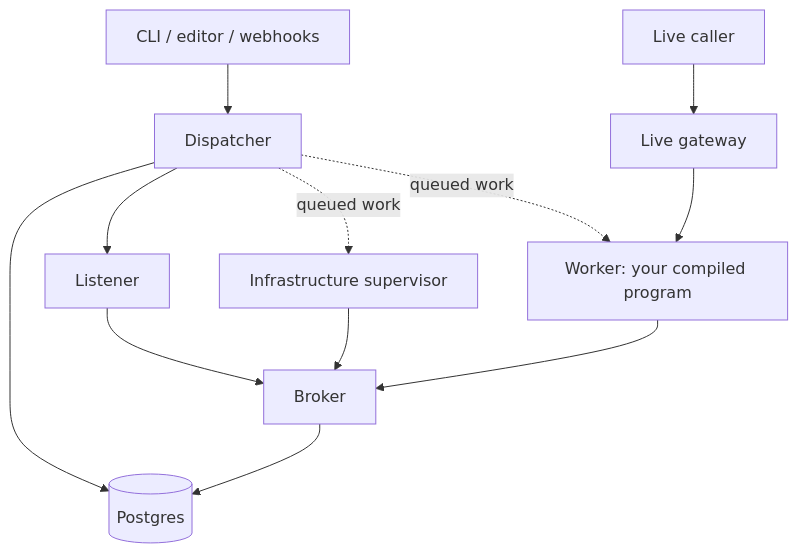
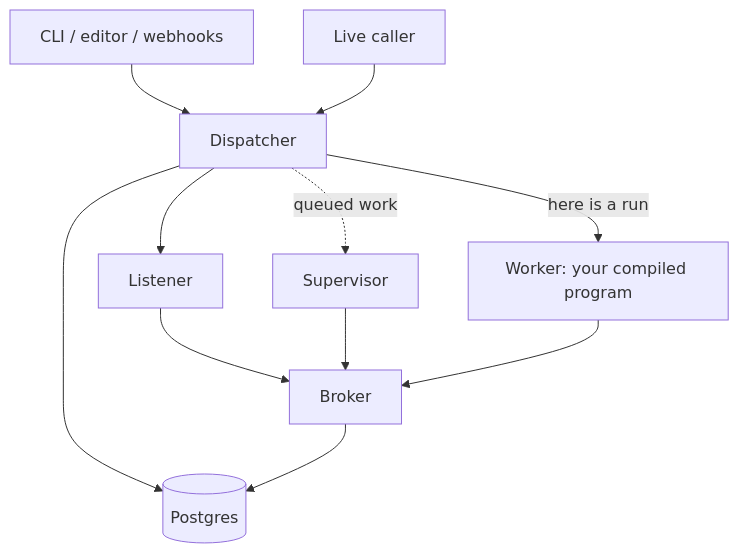
One commit to WeaveMindAI/weft changed the diagram in docs/src/running/architecture.md. Above: the diagram before and after it, drawn with Mermaid. The commit also changed other lines of this file and 1015 other files, not shown here.

````diff
--- a/docs/src/running/architecture.md
+++ b/docs/src/running/architecture.md
@@ -15,13 +23,13 @@
 ```mermaid
 flowchart TD
     UI["CLI / editor / webhooks"] --> D["Dispatcher"]
     D --> L["Listener"]
-    D -.->|"queued work"| S["Infrastructure supervisor"]
-    D -.->|"queued work"| W["Worker: your compiled program"]
-    C["Live caller"] --> G["Live gateway"] --> W
+    D -->|"here is a run"| W["Worker: your compiled program"]
+    C["Live caller"] --> D
+    D -.->|"queued work"| S["Supervisor"]
     D --> PG[("Postgres")]
     L --> B["Broker"]
     S --> B
     W --> B
     B --> PG
 ```
````
